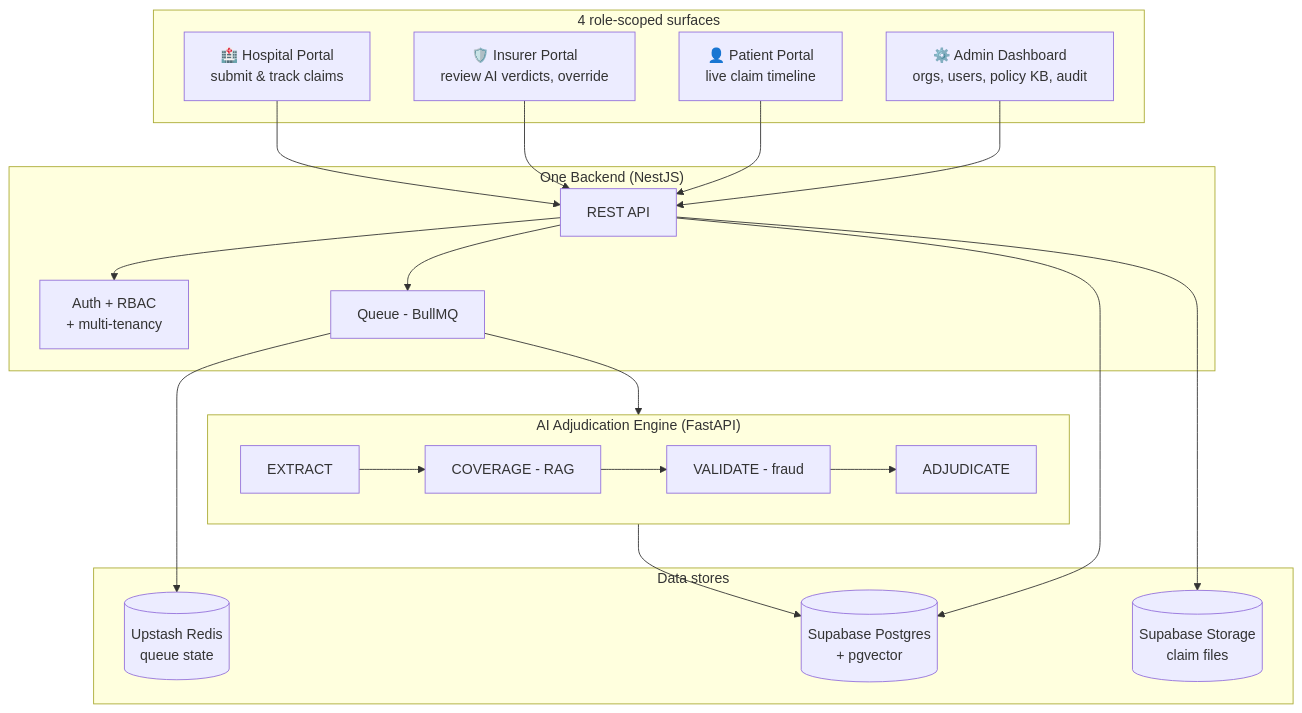
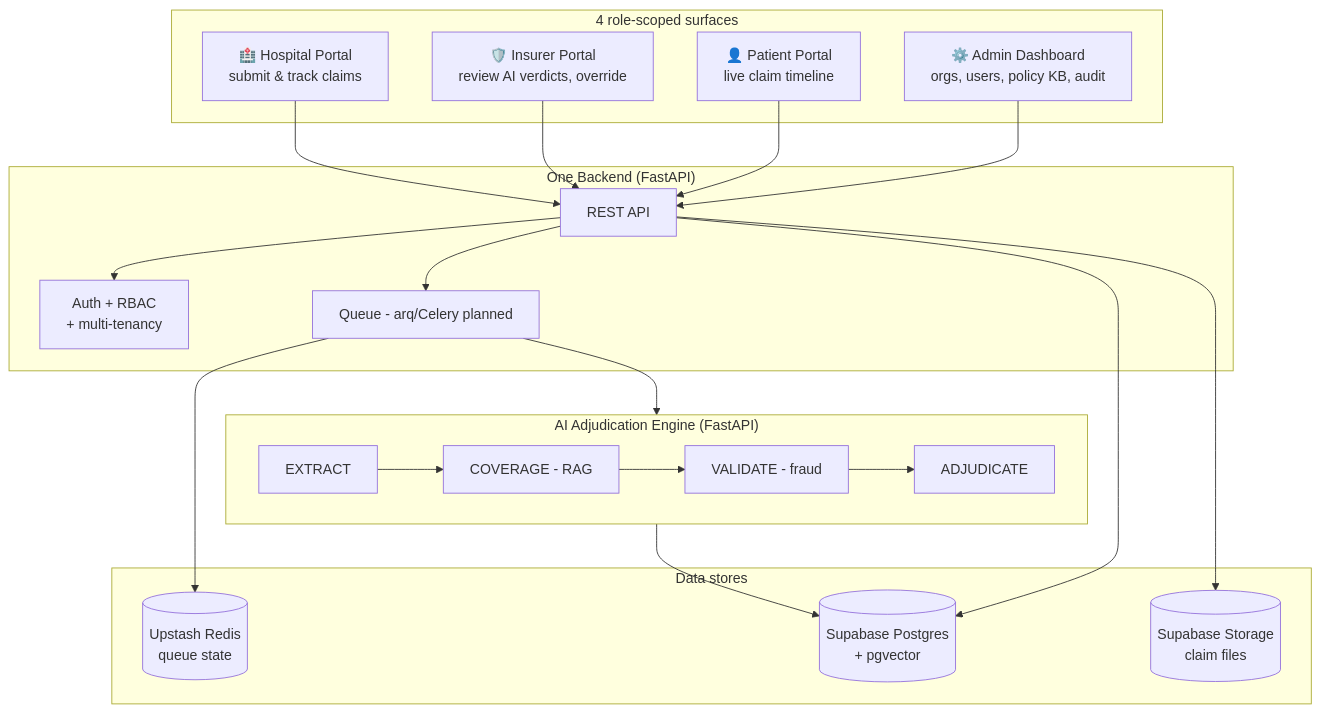
One commit to simplysandeepp/Noloop changed the first of 5 diagrams in README.md. Above: the diagram before and after it, drawn with Mermaid. The commit also changed other lines of this file and 83 other files, not shown here.

Commit message:
chore: retire NestJS backend — backend-py becomes backend/

````diff
--- a/README.md
+++ b/README.md
@@ -19,36 +19,36 @@
 ```mermaid
 flowchart TB
     subgraph Surfaces["4 role-scoped surfaces"]
         H[🏥 Hospital Portal<br/>submit & track claims]
         I[🛡️ Insurer Portal<br/>review AI verdicts, override]
         P[👤 Patient Portal<br/>live claim timeline]
         A[⚙️ Admin Dashboard<br/>orgs, users, policy KB, audit]
     end
 
-    subgraph Backend["One Backend (NestJS)"]
+    subgraph Backend["One Backend (FastAPI)"]
         AUTH[Auth + RBAC<br/>+ multi-tenancy]
         API[REST API]
-        Q[Queue - BullMQ]
+        Q[Queue - arq/Celery planned]
     end
 
     subgraph Engine["AI Adjudication Engine (FastAPI)"]
         E1[EXTRACT]
         E2[COVERAGE - RAG]
         E3[VALIDATE - fraud]
         E4[ADJUDICATE]
         E1 --> E2 --> E3 --> E4
     end
 
     subgraph Data["Data stores"]
         PG[(Supabase Postgres<br/>+ pgvector)]
         ST[(Supabase Storage<br/>claim files)]
         RD[(Upstash Redis<br/>queue state)]
     end
 
     H & I & P & A --> API
     API --> AUTH
     API --> Q --> Engine
     Engine --> PG
     API --> PG & ST
     Q --> RD
 ```
````
